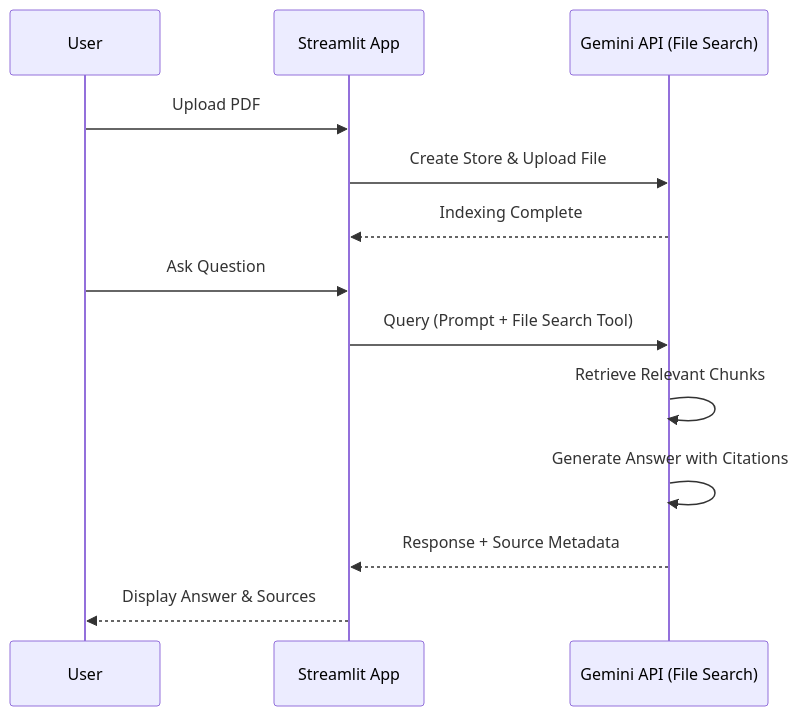
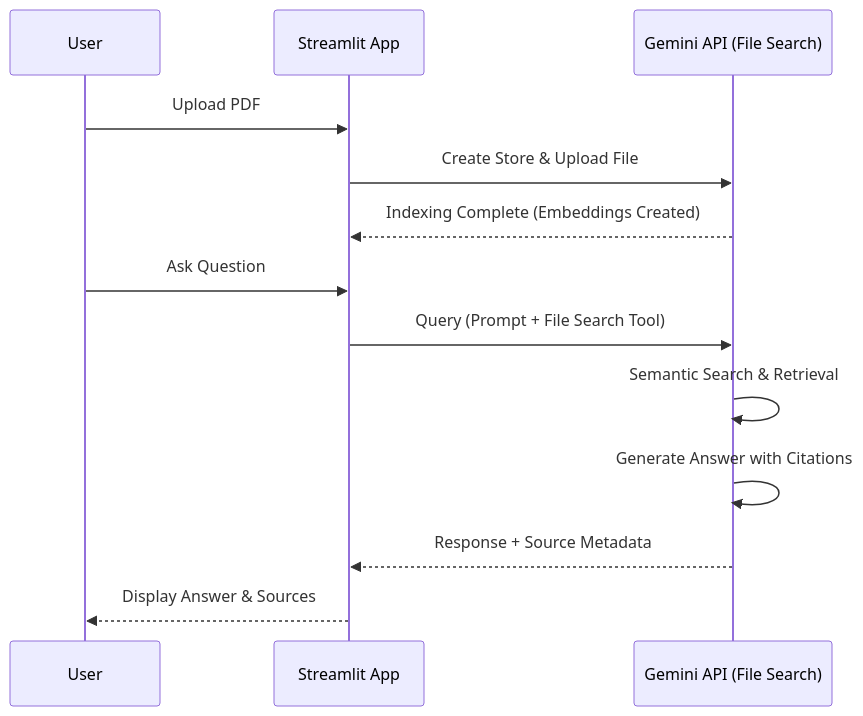
One commit to sabit-shaiholla/gemini-api-file-search-tool changed the diagram in README.md. Above: the diagram before and after it, drawn with Mermaid. The commit also changed other lines of this file and 1 other file, not shown here.

Commit message:
fix: update model options to remove unsupported Gemini models

````diff
--- a/README.md
+++ b/README.md
@@ -14,17 +18,17 @@
 ```mermaid
 sequenceDiagram
     participant User
     participant App as Streamlit App
     participant Gemini as Gemini API (File Search)
     
     User->>App: Upload PDF
     App->>Gemini: Create Store & Upload File
-    Gemini-->>App: Indexing Complete
+    Gemini-->>App: Indexing Complete (Embeddings Created)
     
     User->>App: Ask Question
     App->>Gemini: Query (Prompt + File Search Tool)
-    Gemini->>Gemini: Retrieve Relevant Chunks
+    Gemini->>Gemini: Semantic Search & Retrieval
     Gemini->>Gemini: Generate Answer with Citations
     Gemini-->>App: Response + Source Metadata
     App-->>User: Display Answer & Sources
 ```
````
